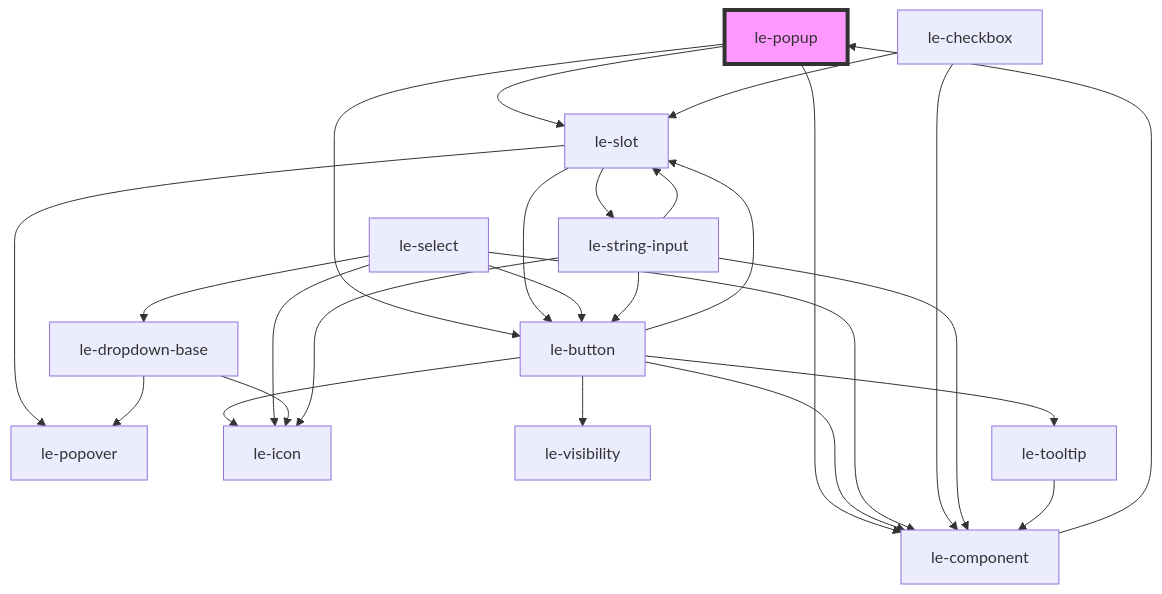
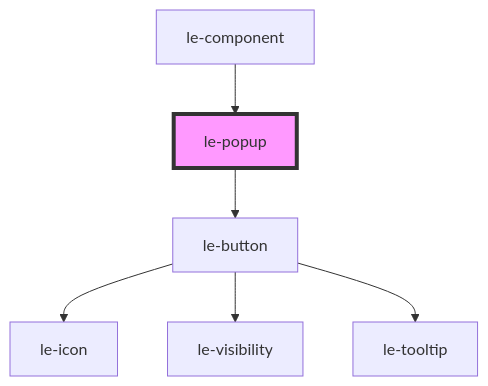
Before and after one commit to leechy/le-kit: the diagram in packages/core/src/components/le-popup/readme.md, drawn with Mermaid. The commit also changed other lines of this file and 44 other files, not shown here.

````diff
--- a/packages/core/src/components/le-popup/readme.md
+++ b/packages/core/src/components/le-popup/readme.md
@@ -109,29 +107,9 @@
 ```mermaid
 graph TD;
-  le-popup --> le-slot
   le-popup --> le-button
-  le-popup --> le-component
-  le-slot --> le-popover
-  le-slot --> le-button
-  le-slot --> le-string-input
   le-button --> le-icon
   le-button --> le-visibility
-  le-button --> le-slot
-  le-button --> le-component
   le-button --> le-tooltip
   le-component --> le-popup
-  le-select --> le-icon
-  le-select --> le-component
-  le-select --> le-dropdown-base
-  le-select --> le-button
-  le-dropdown-base --> le-icon
-  le-dropdown-base --> le-popover
-  le-checkbox --> le-component
-  le-checkbox --> le-slot
-  le-string-input --> le-component
-  le-string-input --> le-button
-  le-string-input --> le-icon
-  le-string-input --> le-slot
-  le-tooltip --> le-component
   style le-popup fill:#f9f,stroke:#333,stroke-width:4px
 ```
````
